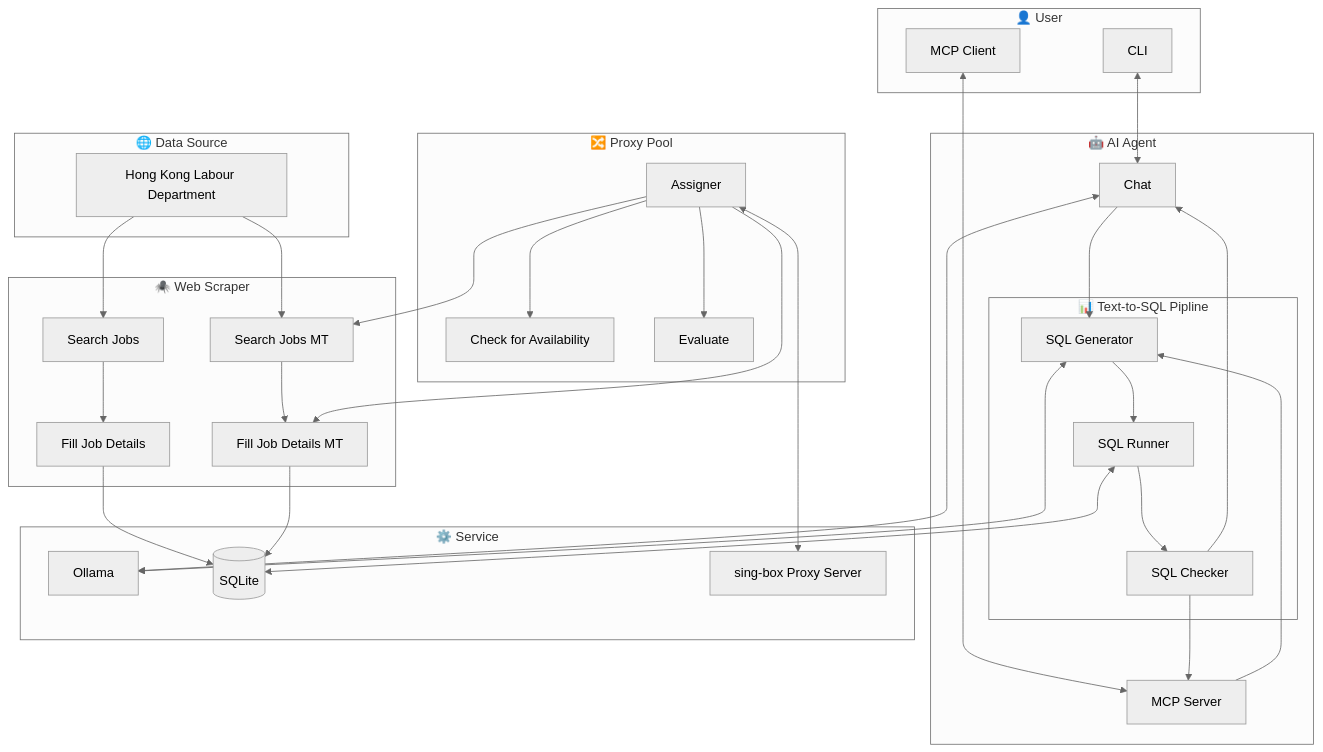
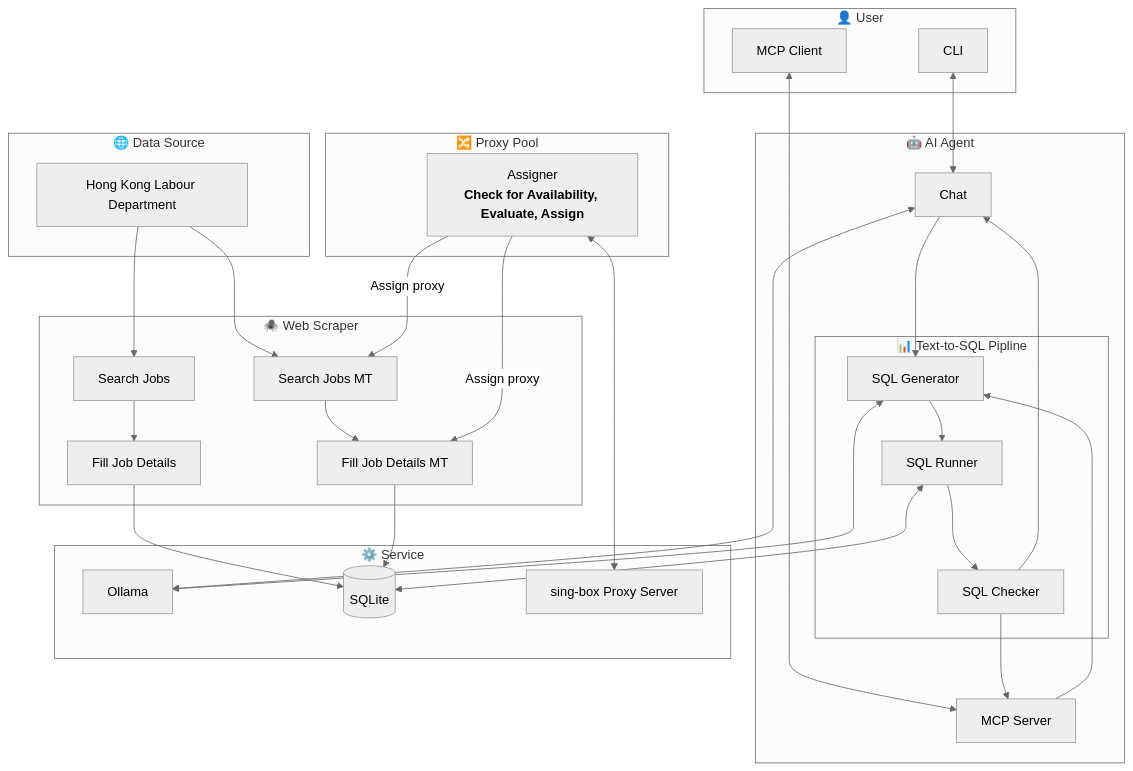
The diagram in README.md (JJ-Jacko/jobs_hk), drawn with Mermaid (neutral theme) before and after one commit. The commit also changed 2 other files, not shown here.

Commit message:
refactor(README.Structure): Move check proxy availability, evaluate  assigner to assigner.

````diff
--- a/README.md
+++ b/README.md
@@ -51,74 +51,70 @@
 ```mermaid
 flowchart
     subgraph User["👤 User"]
         CLI[CLI]
         MCP_CLIENT[MCP Client]
     end
 
     subgraph Scraper["🕷️ Web Scraper"]
         search_job[Search Jobs]
         search_job_mt[Search Jobs MT]
         fill_job[Fill Job Details]
         fill_job_mt[Fill Job Details MT]
     end
 
     subgraph ProxyPool["🔀 Proxy Pool"]
-        check_proxy_availability[Check for Availability]
-        evaluate_proxy[Evaluate]
-        assigner[Assigner]
+        assigner[Assigner<br><strong>Check for Availability, Evaluate, Assign<strong/>]
     end
 
     subgraph SQL_pipline["📊 Text-to-SQL Pipline"]
         SQL_generator[SQL Generator]
         SQL_runner[SQL Runner]
         SQL_checker[SQL Checker]
     end
 
     subgraph AI["🤖 AI Agent"]
         chat[Chat]
         MCP_server[MCP Server]
         SQL_pipline
     end
 
     subgraph Service["⚙️ Service"]
         Ollama[Ollama]
         SQLite[(SQLite)]
         proxy_server["sing-box Proxy Server"]
     end
 
     subgraph DataSource["🌐 Data Source"]
         web_src[Hong Kong Labour Department]
     end
 
     CLI <--> chat
     MCP_CLIENT <--> MCP_server
 
     chat <--> Ollama
     chat --> SQL_generator
 
     MCP_server --> SQL_generator
 
     SQL_generator --> SQL_runner
     SQL_generator <--> Ollama
 
     SQL_runner --> SQL_checker
     SQL_runner <--> SQLite
 
     SQL_checker --> chat
     SQL_checker --> MCP_server
 
     web_src --> search_job
     web_src --> search_job_mt
 
     search_job --> fill_job
     search_job_mt --> fill_job_mt
 
     fill_job --> SQLite
     fill_job_mt --> SQLite
 
-    assigner --> search_job_mt
-    assigner --> fill_job_mt
-    assigner --> check_proxy_availability
-    assigner --> evaluate_proxy
+    assigner -->|Assign proxy| search_job_mt
+    assigner -->|Assign proxy| fill_job_mt
     assigner <--> proxy_server
 ```
````
